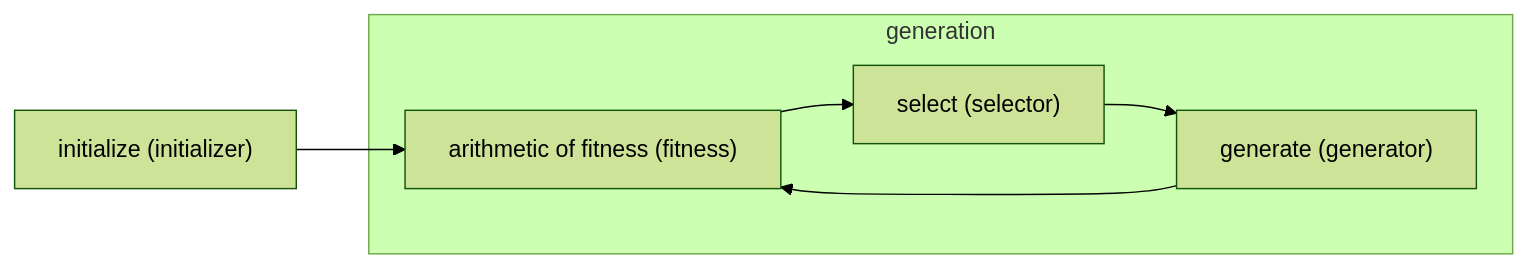
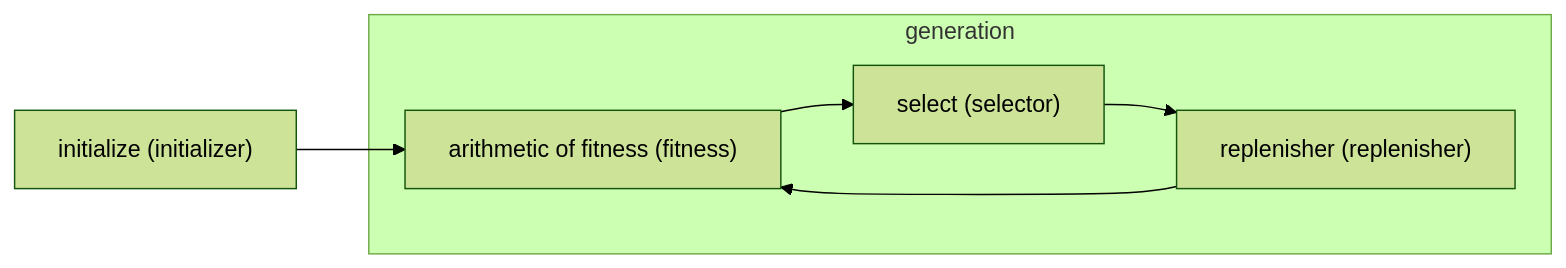
One commit to pokemon-GA/scarlet-queen changed the second of 2 diagrams in README.md. Above: the diagram before and after it, drawn with Mermaid (forest theme). The commit also changed other lines of this file, not shown here.

````diff
--- a/README.md
+++ b/README.md
@@ -30,9 +30,9 @@
 ```mermaid
 flowchart LR
     initializer["initialize (initializer)"] --> fitness["arithmetic of fitness (fitness)"]
     subgraph generation
         fitness["arithmetic of fitness (fitness)"] --> selector["select (selector)"]
-        selector["select (selector)"] --> generator["generate (generator)"]
-        generator["generate (generator)"] --> fitness["arithmetic of fitness (fitness)"]
+        selector["select (selector)"] --> replenisher["replenisher (replenisher)"]
+        replenisher["replenisher (replenisher)"] --> fitness["arithmetic of fitness (fitness)"]
     end
 ```
````
